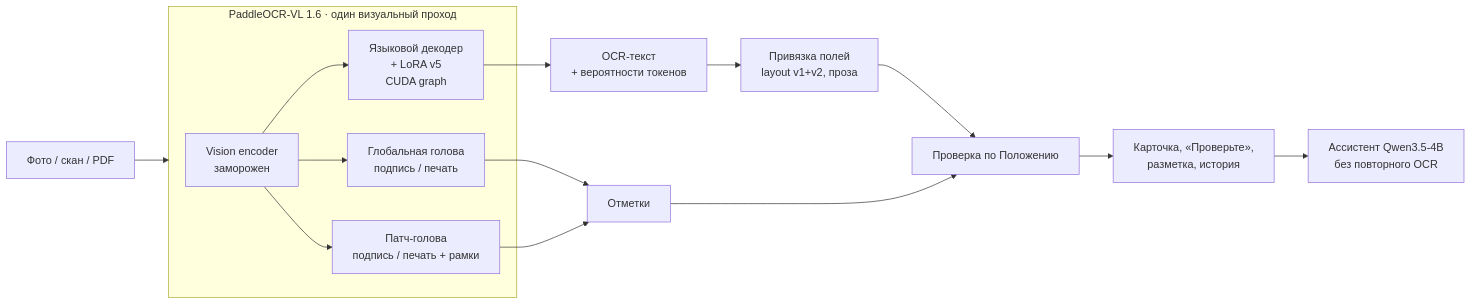
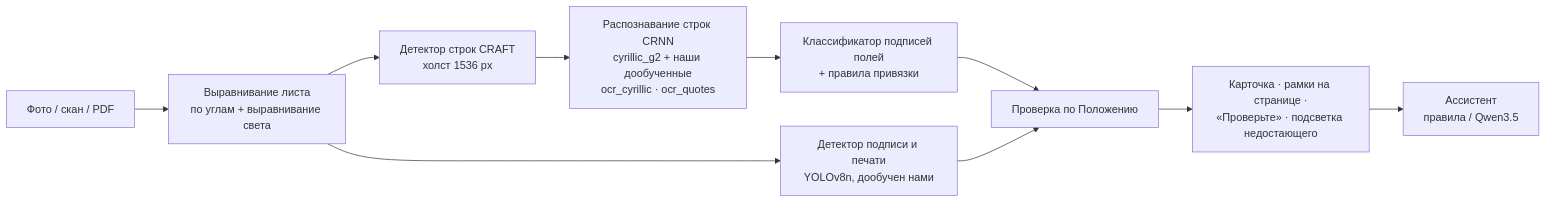
The second of 3 diagrams in README.md (Stepa-Karpik/hack), drawn with Mermaid before and after one commit. The commit also changed other lines of this file and 12 other files, not shown here.

Commit message:
Update README and documentation: models, workflow, charts

````diff
--- a/README.md
+++ b/README.md
@@ -86,19 +128,12 @@
 ```mermaid
 flowchart LR
-    U[Фото / скан / PDF] --> R
-
-    subgraph R[PaddleOCR-VL 1.6 · один визуальный проход]
-        V[Vision encoder<br/>заморожен] --> D[Языковой декодер<br/>+ LoRA v5<br/>CUDA graph]
-        V --> G[Глобальная голова<br/>подпись / печать]
-        V --> P[Патч-голова<br/>подпись / печать + рамки]
-    end
-
-    D --> T[OCR-текст<br/>+ вероятности токенов]
-    T --> B[Привязка полей<br/>layout v1+v2, проза]
-    G --> M[Отметки]
-    P --> M
-    B --> C[Проверка по Положению]
-    M --> C
-    C --> UI[Карточка, «Проверьте»,<br/>разметка, история]
-    UI --> A[Ассистент Qwen3.5-4B<br/>без повторного OCR]
+    U[Фото / скан / PDF] --> P[Выравнивание листа<br/>по углам + выравнивание света]
+    P --> D[Детектор строк CRAFT<br/>холст 1536 px]
+    D --> R[Распознавание строк CRNN<br/>cyrillic_g2 + наши дообученные<br/>ocr_cyrillic · ocr_quotes]
+    P --> M[Детектор подписи и печати<br/>YOLOv8n, дообучен нами]
+    R --> F[Классификатор подписей полей<br/>+ правила привязки]
+    F --> V[Проверка по Положению]
+    M --> V
+    V --> UI[Карточка · рамки на странице ·<br/>«Проверьте» · подсветка недостающего]
+    UI --> A[Ассистент<br/>правила / Qwen3.5]
 ```
````
